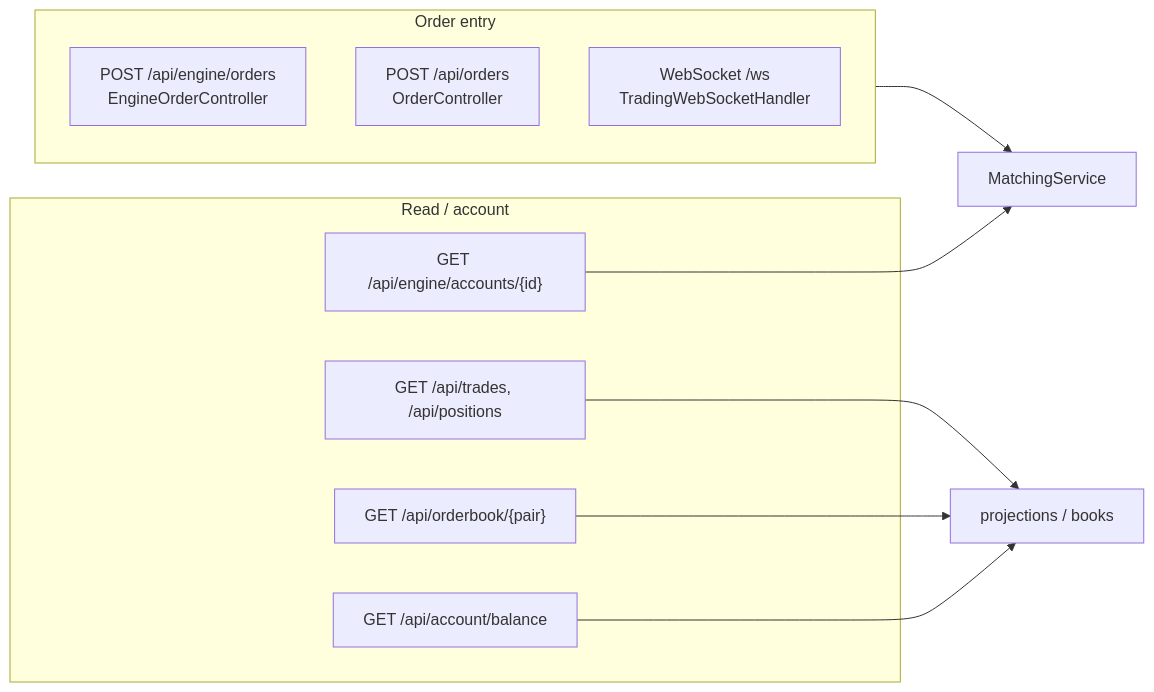
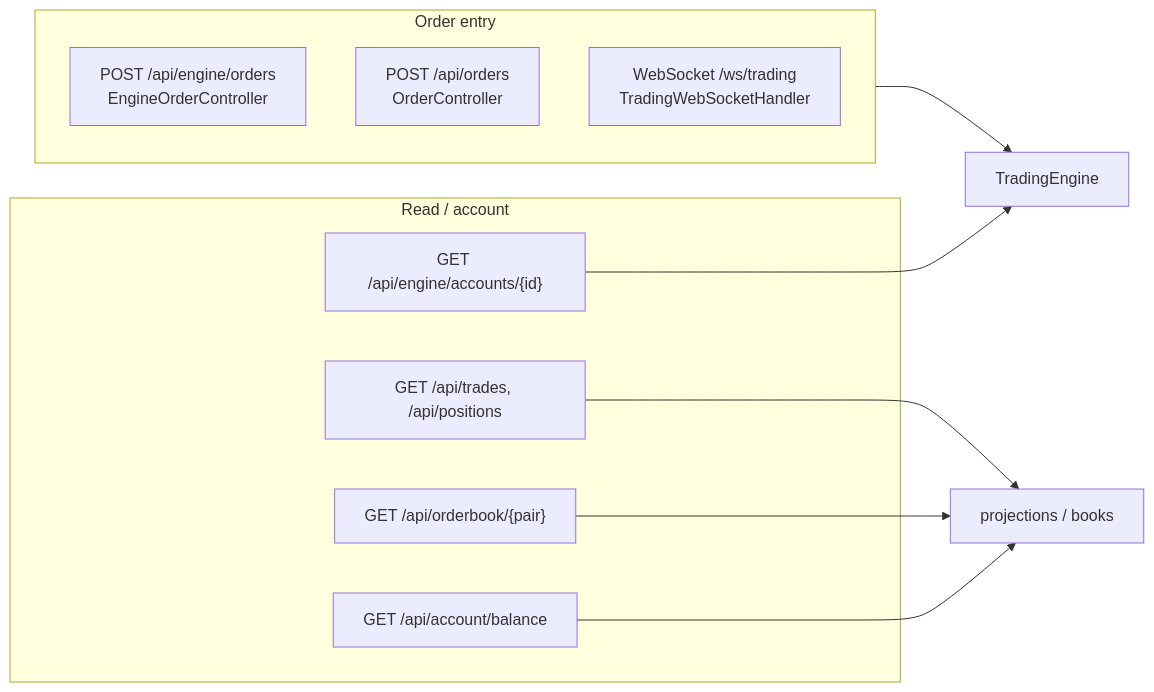
The diagram in 06-api-reference.md (mc139/fx-oee-docs), drawn with Mermaid before and after one commit. The commit also changed other lines of this file and 21 other files, not shown here.

````diff
--- a/06-api-reference.md
+++ b/06-api-reference.md
@@ -14,17 +15,17 @@
 ```mermaid
 flowchart LR
     subgraph entry["Order entry"]
         E1["POST /api/engine/orders<br/>EngineOrderController"]
         E2["POST /api/orders<br/>OrderController"]
-        WS["WebSocket /ws<br/>TradingWebSocketHandler"]
+        WS["WebSocket /ws/trading<br/>TradingWebSocketHandler"]
     end
     subgraph read["Read / account"]
         A1["GET /api/engine/accounts/{id}"]
         A2["GET /api/account/balance"]
         A3["GET /api/orderbook/{pair}"]
         A4["GET /api/trades, /api/positions"]
     end
-    entry --> MS["MatchingService"]
+    entry --> MS["TradingEngine"]
     A1 --> MS
     A2 & A3 & A4 --> PROJ["projections / books"]
 ```
````
